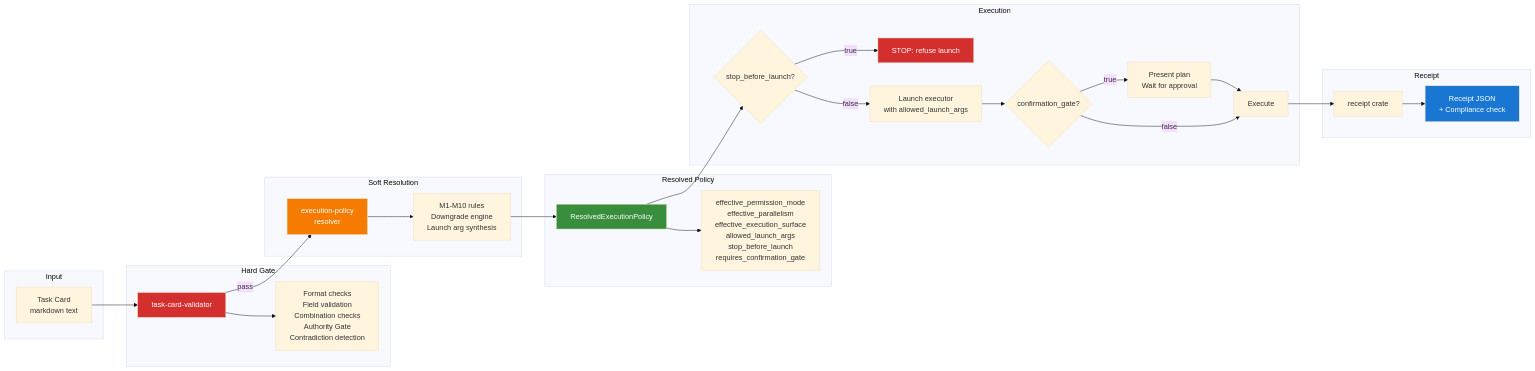
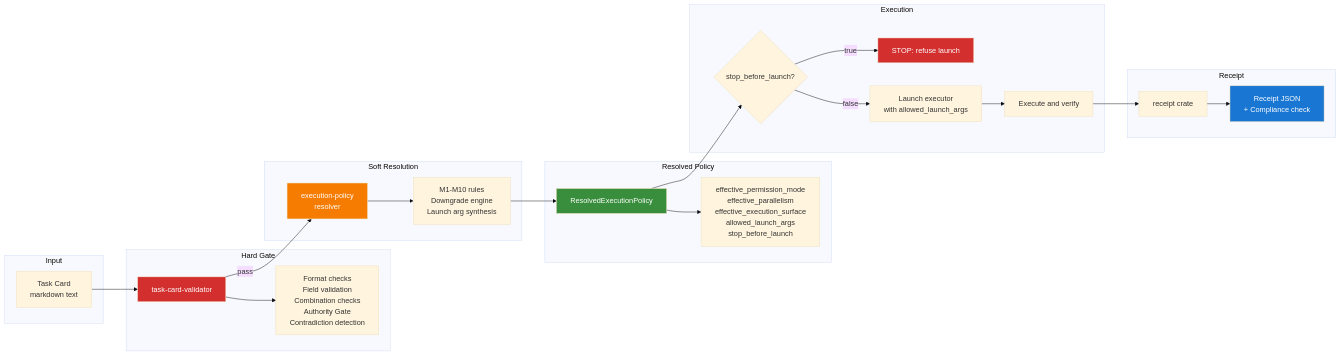
Before and after one commit to FernandeZ-hjm/Agent-General-Staff: the fourth of 5 diagrams in docs/architecture.md, drawn with Mermaid (base theme). The commit also changed other lines of this file and 57 other files, not shown here.

````diff
--- a/docs/architecture.md
+++ b/docs/architecture.md
@@ -177,49 +177,46 @@
 ```mermaid
 flowchart LR
     subgraph Input
         TC[Task Card<br/>markdown text]
     end
 
     subgraph Validation["Hard Gate"]
         V[task-card-validator]
         VF[Format checks<br/>Field validation<br/>Combination checks<br/>Authority Gate<br/>Contradiction detection]
         TC --> V
         V --> VF
     end
 
     subgraph Resolution["Soft Resolution"]
         PR[execution-policy<br/>resolver]
         RULES[M1-M10 rules<br/>Downgrade engine<br/>Launch arg synthesis]
         V -->|pass| PR
         PR --> RULES
     end
 
     subgraph Policy["Resolved Policy"]
         RP[ResolvedExecutionPolicy]
         RULES --> RP
-        RP --> RP_FIELDS["effective_permission_mode<br/>effective_parallelism<br/>effective_execution_surface<br/>allowed_launch_args<br/>stop_before_launch<br/>requires_confirmation_gate"]
+        RP --> RP_FIELDS["effective_permission_mode<br/>effective_parallelism<br/>effective_execution_surface<br/>allowed_launch_args<br/>stop_before_launch"]
     end
 
     subgraph Execute["Execution"]
         RUN{stop_before_launch?}
         RP --> RUN
         RUN -->|true| STOP[STOP: refuse launch]
         RUN -->|false| LAUNCH[Launch executor<br/>with allowed_launch_args]
-        LAUNCH --> CONF{confirmation_gate?}
-        CONF -->|true| WAIT[Present plan<br/>Wait for approval]
-        WAIT --> EXEC[Execute]
-        CONF -->|false| EXEC
+        LAUNCH --> EXEC[Execute and verify]
     end
 
     subgraph Receipt
         RC[receipt crate]
         EXEC --> RC
         RC --> RCOUT[Receipt JSON<br/>+ Compliance check]
     end
 
     style V fill:#d32f2f,color:#fff
     style PR fill:#f57c00,color:#fff
     style RP fill:#388e3c,color:#fff
     style STOP fill:#d32f2f,color:#fff
     style RCOUT fill:#1976d2,color:#fff
 ```
````
